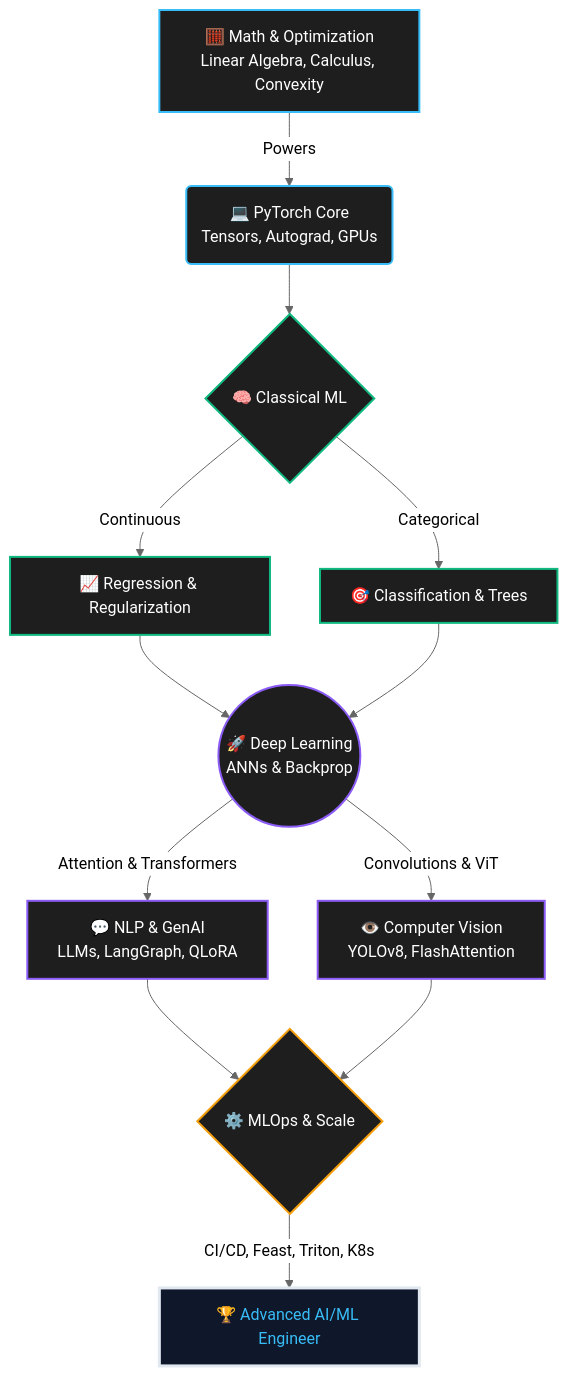
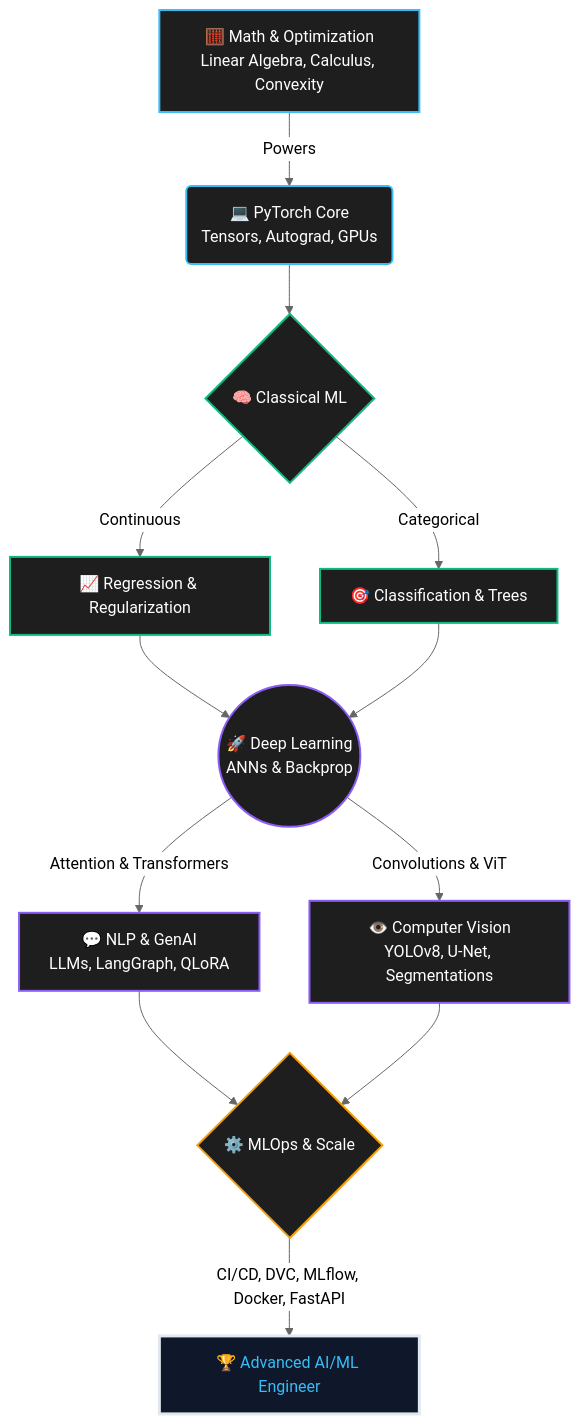
Before and after one commit to Sahil-K-Y/AI-ML-Blueprint: the diagram in README.md, drawn with Mermaid (neutral theme). The commit also changed other lines of this file, not shown here.

````diff
--- a/README.md
+++ b/README.md
@@ -30,26 +37,26 @@
 ```mermaid
 graph TD
     %% Styling
     classDef math fill:#1e1e1e,stroke:#38bdf8,stroke-width:2px,color:#fff;
     classDef ml fill:#1e1e1e,stroke:#10b981,stroke-width:2px,color:#fff;
     classDef dl fill:#1e1e1e,stroke:#8b5cf6,stroke-width:2px,color:#fff;
     classDef ops fill:#1e1e1e,stroke:#f59e0b,stroke-width:2px,color:#fff;
     classDef goal fill:#0f172a,stroke:#e2e8f0,stroke-width:3px,color:#38bdf8;
 
     A[🧮 Math & Optimization<br/>Linear Algebra, Calculus, Convexity]:::math -->|Powers| B(💻 PyTorch Core<br/>Tensors, Autograd, GPUs):::math
     
     B --> C{🧠 Classical ML}:::ml
     C -->|Continuous| D[📈 Regression & Regularization]:::ml
     C -->|Categorical| E[🎯 Classification & Trees]:::ml
     
     D --> F((🚀 Deep Learning<br/>ANNs & Backprop)):::dl
     E --> F
     
     F -->|Attention & Transformers| G[💬 NLP & GenAI<br/>LLMs, LangGraph, QLoRA]:::dl
-    F -->|Convolutions & ViT| H[👁️ Computer Vision<br/>YOLOv8, FlashAttention]:::dl
+    F -->|Convolutions & ViT| H[👁️ Computer Vision<br/>YOLOv8, U-Net, Segmentations]:::dl
     
     G --> I{⚙️ MLOps & Scale}:::ops
     H --> I
     
-    I -->|CI/CD, Feast, Triton, K8s| J[🏆 Advanced AI/ML Engineer]:::goal
+    I -->|CI/CD, DVC, MLflow, Docker, FastAPI| J[🏆 Advanced AI/ML Engineer]:::goal
 ```
````
